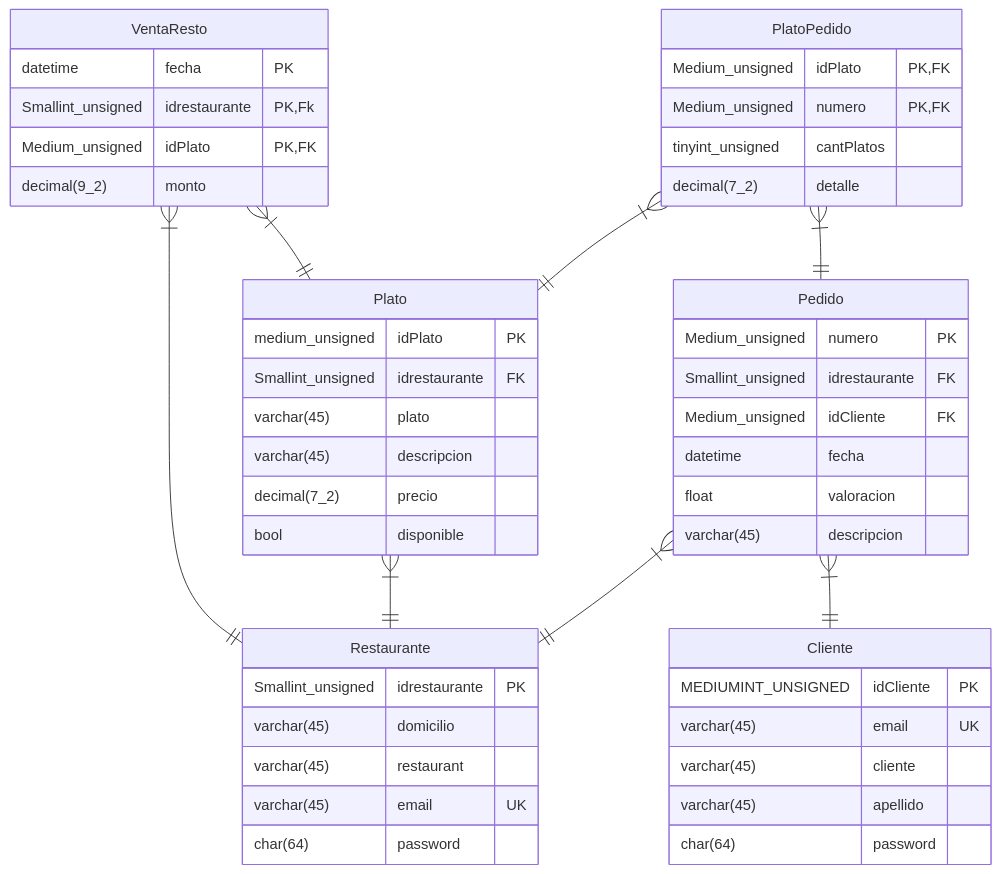
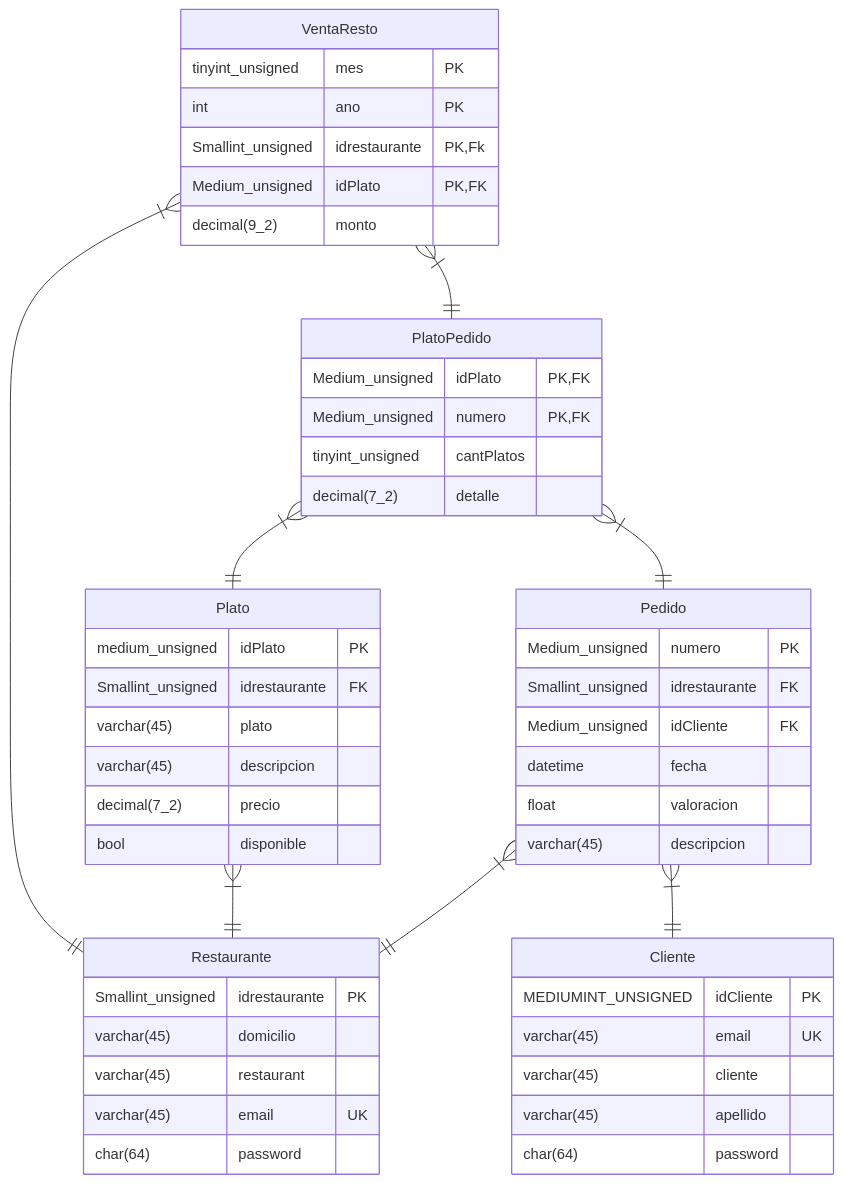
The diagram in doc/README.md (FranciscoBHF/Rapi_app), drawn with Mermaid before and after one commit.

````diff
--- a/doc/README.md
+++ b/doc/README.md
@@ -1,54 +1,55 @@
 ```mermaid
 erDiagram
     Restaurante{
         Smallint_unsigned  idrestaurante PK
         varchar(45) domicilio 
         varchar(45) restaurant
         varchar(45) email UK
         char(64) password 
 
     }
     Plato{
         medium_unsigned idPlato PK
         Smallint_unsigned idrestaurante FK
         varchar(45) plato
         varchar(45) descripcion
         decimal(7_2) precio
         bool disponible
     }   
     Cliente{
         MEDIUMINT_UNSIGNED idCliente PK
         varchar(45) email UK
         varchar(45) cliente
         varchar(45) apellido
         char(64) password
     }
     Pedido{
         Medium_unsigned numero PK
         Smallint_unsigned  idrestaurante FK
         Medium_unsigned idCliente FK
         datetime fecha
         float valoracion 
         varchar(45) descripcion
     }
     PlatoPedido{
         Medium_unsigned idPlato PK,FK
         Medium_unsigned numero PK,FK
         tinyint_unsigned cantPlatos
         decimal(7_2) detalle 
     }
     VentaResto{
-        datetime fecha PK
+        tinyint_unsigned mes PK
+        int ano PK
         Smallint_unsigned  idrestaurante PK,Fk
         Medium_unsigned idPlato PK,FK
         decimal(9_2) monto 
     }
     VentaResto }|--|| Restaurante : ""
     Plato }|--|| Restaurante : ""
     Pedido }|--|| Restaurante : ""
     PlatoPedido }|--|| Plato : ""
     PlatoPedido }|--|| Pedido : ""
     Pedido }|--|| Cliente : ""
-    VentaResto }|--|| Plato : ""
+    VentaResto }|--|| PlatoPedido : ""
 
 ```
````
